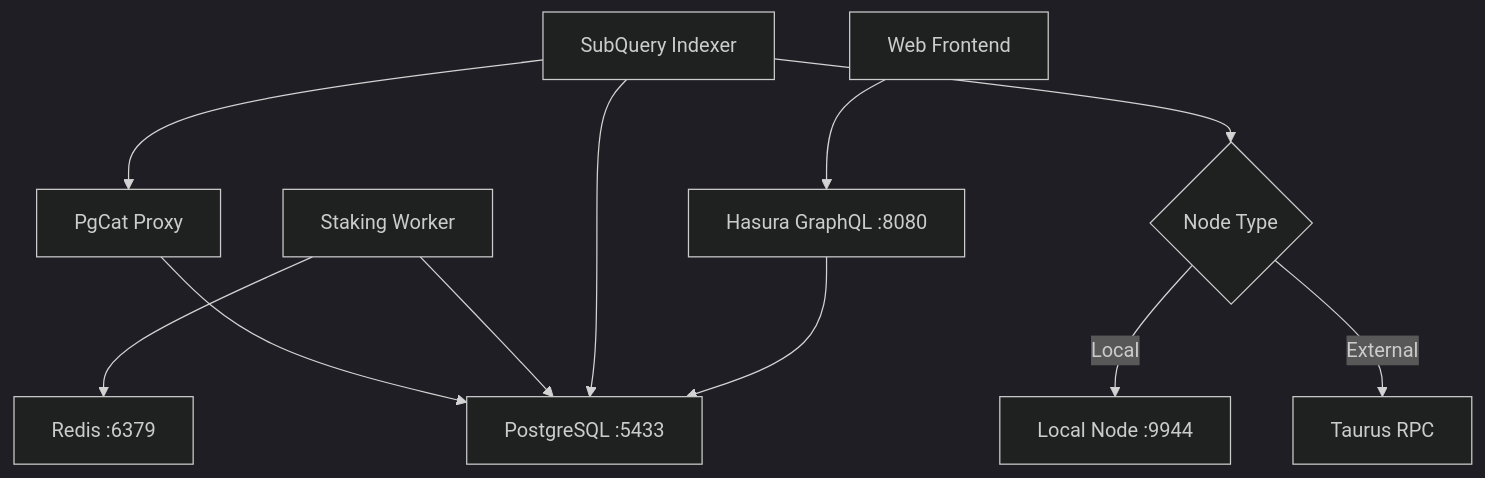
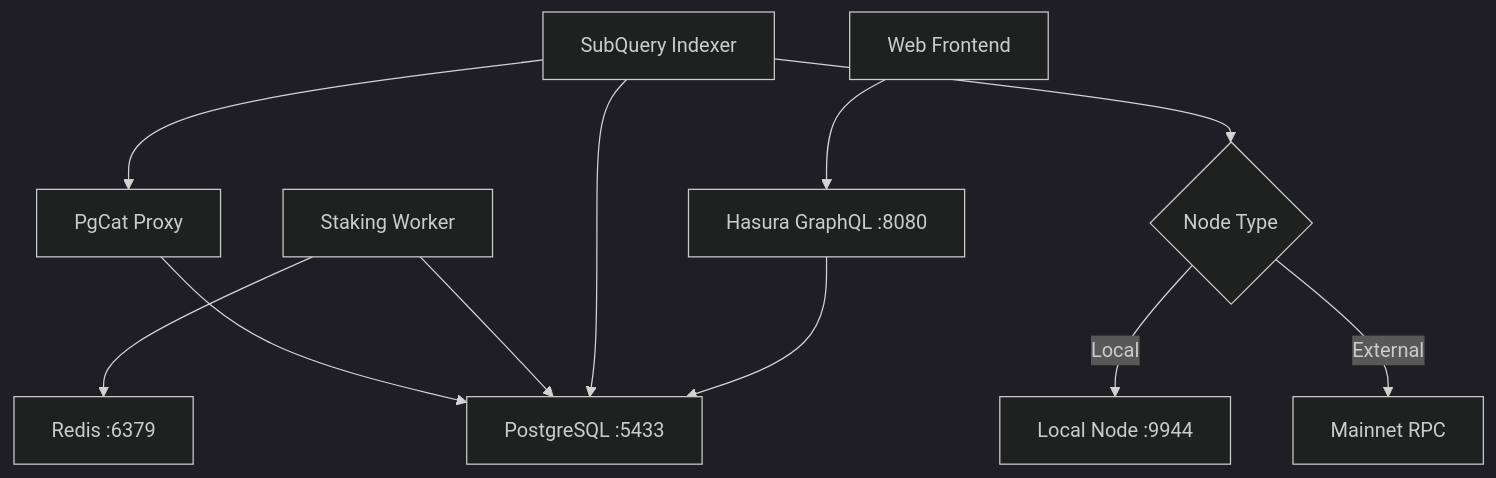
Before and after one commit to autonomys/auto-portal: the diagram in infra/staking/README.md, drawn with Mermaid (dark theme). The commit also changed other lines of this file and 5 other files, not shown here.

Commit message:
infra: remove Taurus references; default to mainnet; clean docs and Makefile

````diff
--- a/infra/staking/README.md
+++ b/infra/staking/README.md
@@ -64,17 +55,17 @@
 ```mermaid
 graph TD
     A[Web Frontend] --> K[Hasura GraphQL :8080]
     K --> G[PostgreSQL :5433]
 
     C{Node Type}
     C -->|Local| D[Local Node :9944]
-    C -->|External| E[Taurus RPC]
+    C -->|External| E[Mainnet RPC]
 
     F[SubQuery Indexer] --> G
     F --> C
     H[Staking Worker] --> I[Redis :6379]
     H --> G
 
     J[PgCat Proxy] --> G
     F --> J
 ```
````
